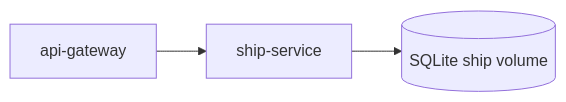
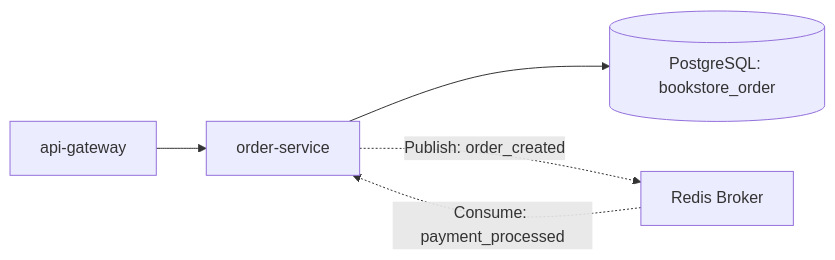
One commit to lamlocan5/Software_Architecture_And_Design_PTIT changed the seventh of 11 diagrams in bookstore-microservice/docs/architecture/architecture.md. Above: the diagram before and after it, drawn with Mermaid. The commit also changed other lines of this file and 396 other files, not shown here.

````diff
--- a/bookstore-microservice/docs/architecture/architecture.md
+++ b/bookstore-microservice/docs/architecture/architecture.md
@@ -94,6 +138,8 @@
 ```mermaid
 flowchart LR
-  gateway[api-gateway] --> ship[ship-service]
-  shipDb[(SQLite ship volume)]
-  ship --> shipDb
+  bff[api-gateway] --> orderSvc[order-service]
+  orderDb[(PostgreSQL: bookstore_order)]
+  orderSvc --> orderDb
+  orderSvc -. "Publish: order_created" .-> redis[Redis Broker]
+  redis -. "Consume: payment_processed" .-> orderSvc
 ```
````
